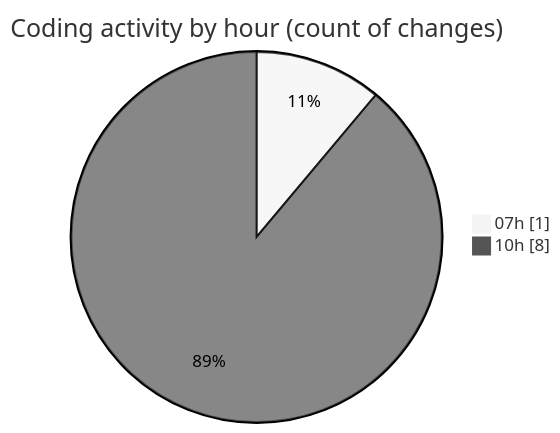
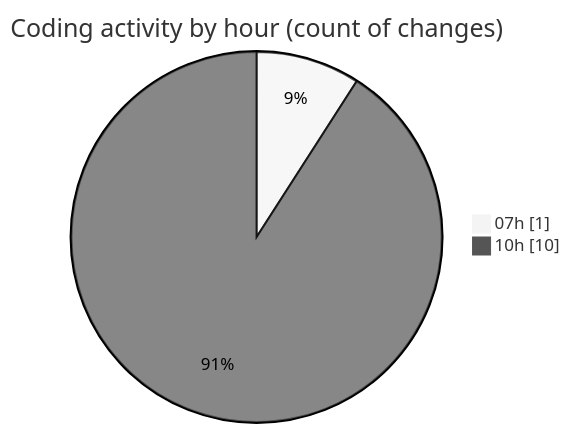
Before and after one commit to LanceThiago/code-tracking: the second of 2 diagrams in 2025-04-29/enre_-_calculadora_de_consumo_v_2022_files/README.md, drawn with Mermaid (neutral theme). The commit also changed other lines of this file and 1 other file, not shown here.

````diff
--- a/2025-04-29/enre_-_calculadora_de_consumo_v_2022_files/README.md
+++ b/2025-04-29/enre_-_calculadora_de_consumo_v_2022_files/README.md
@@ -28,6 +28,6 @@
 ```mermaid
 pie showData
 title Coding activity by hour (count of changes)
 "07h" : 1
-"10h" : 8
+"10h" : 10
 ```
````
